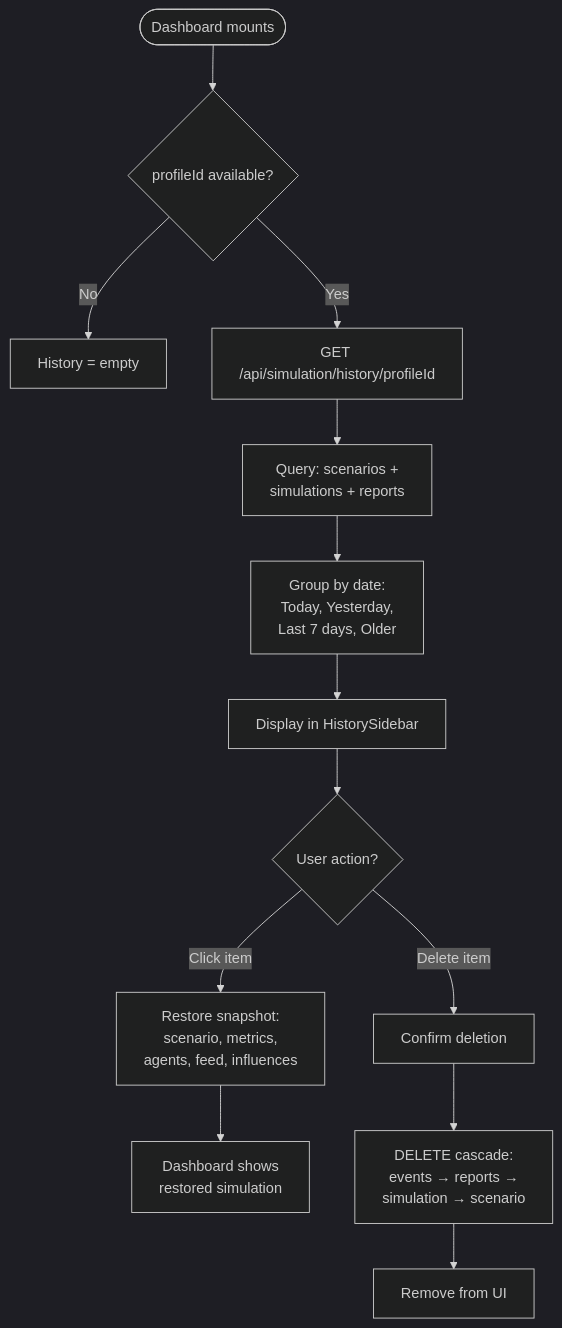
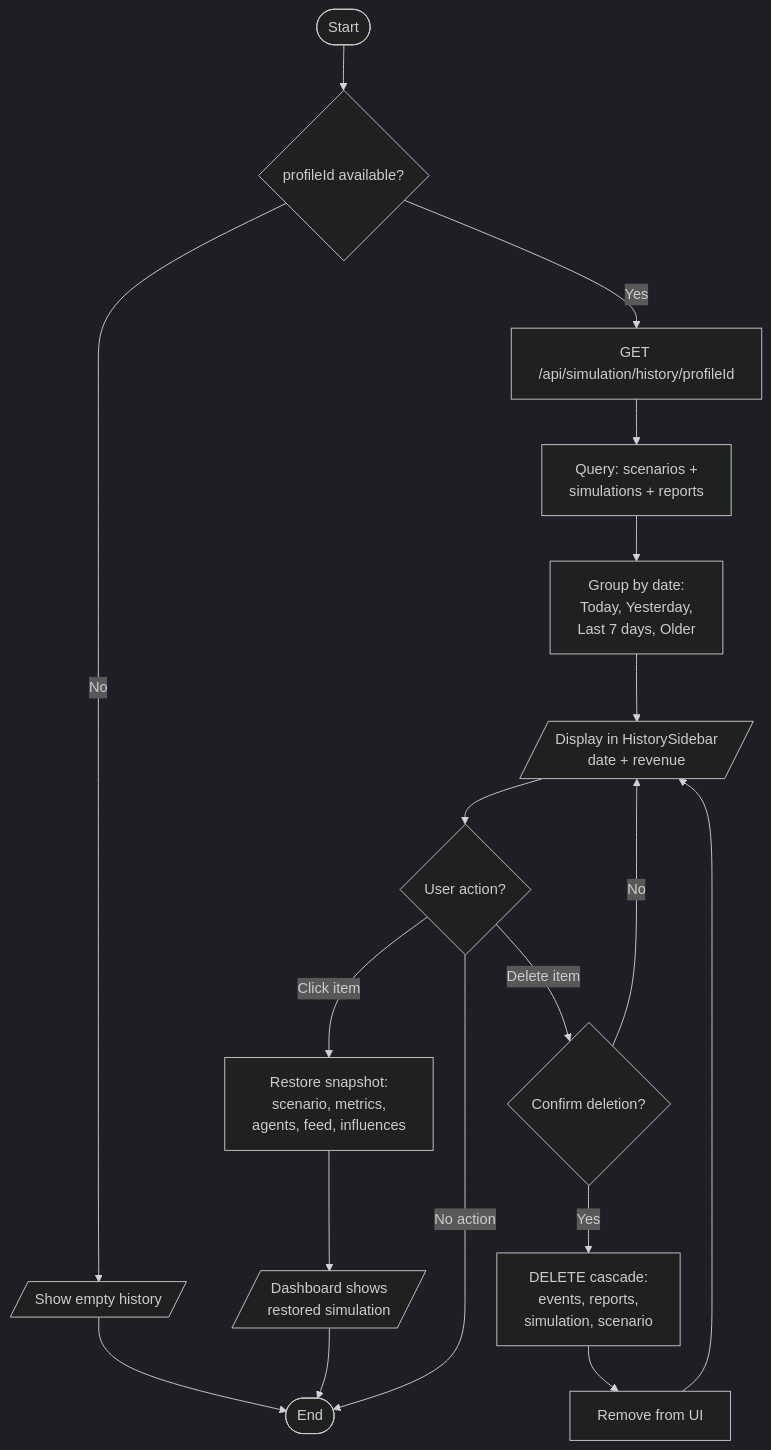
One commit to shuichi2344/ARIA changed the eighth of 11 diagrams in docs/SYSTEM_FLOWCHARTS.md. Above: the diagram before and after it, drawn with Mermaid (dark theme). The commit also changed other lines of this file, not shown here.

Commit message:
update system flowchart

````diff
--- a/docs/SYSTEM_FLOWCHARTS.md
+++ b/docs/SYSTEM_FLOWCHARTS.md
@@ -243,17 +252,23 @@
 ```mermaid
 flowchart TD
-    Start([Dashboard mounts]) --> Load{profileId available?}
-    Load -->|No| Empty[History = empty]
+    Start([Start]) --> Load{profileId available?}
+    Load -->|No| Empty[/Show empty history/]
+    Empty --> End([End])
     Load -->|Yes| Fetch[GET /api/simulation/history/profileId]
     Fetch --> Query[Query: scenarios +<br/>simulations + reports]
     Query --> Group[Group by date:<br/>Today, Yesterday,<br/>Last 7 days, Older]
-    Group --> Display[Display in HistorySidebar]
+    Group --> Display[/Display in HistorySidebar<br/>date + revenue/]
     
     Display --> Action{User action?}
     Action -->|Click item| Restore[Restore snapshot:<br/>scenario, metrics,<br/>agents, feed, influences]
-    Restore --> Dashboard[Dashboard shows<br/>restored simulation]
+    Restore --> Dashboard[/Dashboard shows<br/>restored simulation/]
+    Dashboard --> End
     
-    Action -->|Delete item| Confirm[Confirm deletion]
-    Confirm --> Cascade[DELETE cascade:<br/>events → reports →<br/>simulation → scenario]
+    Action -->|Delete item| Confirm{Confirm deletion?}
+    Confirm -->|No| Display
+    Confirm -->|Yes| Cascade[DELETE cascade:<br/>events, reports,<br/>simulation, scenario]
     Cascade --> Remove[Remove from UI]
+    Remove --> Display
+    
+    Action -->|No action| End
 ```
````
